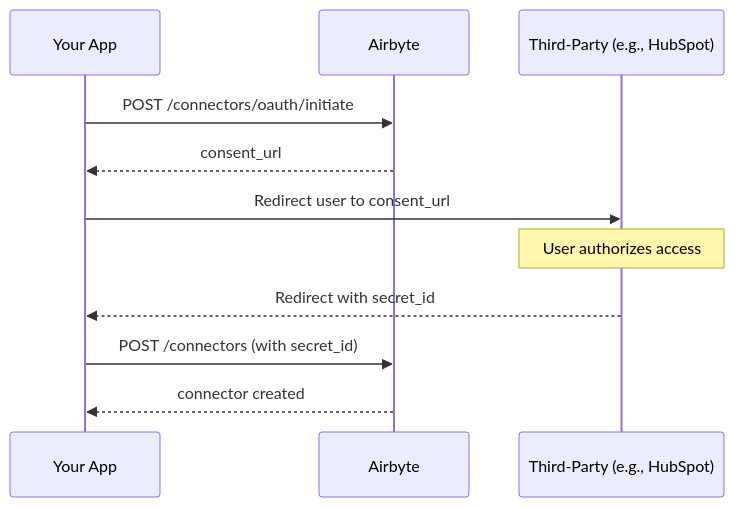
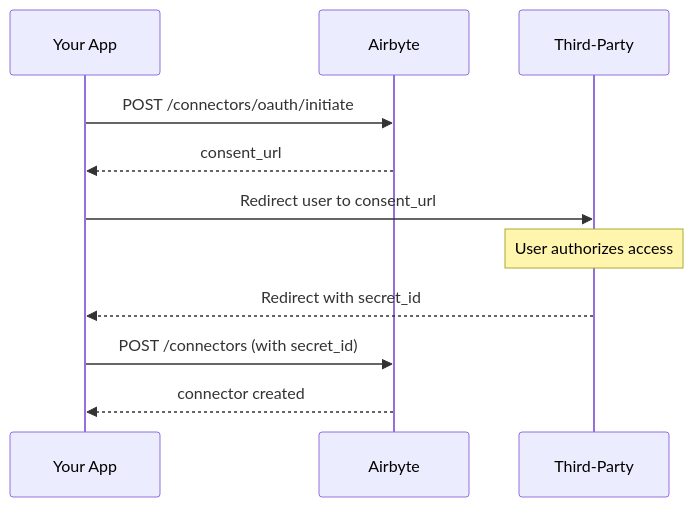
One commit to airbytehq/airbyte changed the diagram in docs/ai-agents/quickstarts/tutorial-server-side-oauth.md. Above: the diagram before and after it, drawn with Mermaid. The commit also changed other lines of this file, not shown here.

````diff
--- a/docs/ai-agents/quickstarts/tutorial-server-side-oauth.md
+++ b/docs/ai-agents/quickstarts/tutorial-server-side-oauth.md
@@ -19,16 +19,16 @@
 ```mermaid
 sequenceDiagram
     participant App as Your App
     participant Airbyte as Airbyte
-    participant ThirdParty as Third-Party (e.g., HubSpot)
+    participant ThirdParty as Third-Party
 
     App->>Airbyte: POST /connectors/oauth/initiate
     Airbyte-->>App: consent_url
 
     App->>ThirdParty: Redirect user to consent_url
     Note over ThirdParty: User authorizes access
     ThirdParty-->>App: Redirect with secret_id
 
     App->>Airbyte: POST /connectors (with secret_id)
     Airbyte-->>App: connector created
 ```
````
